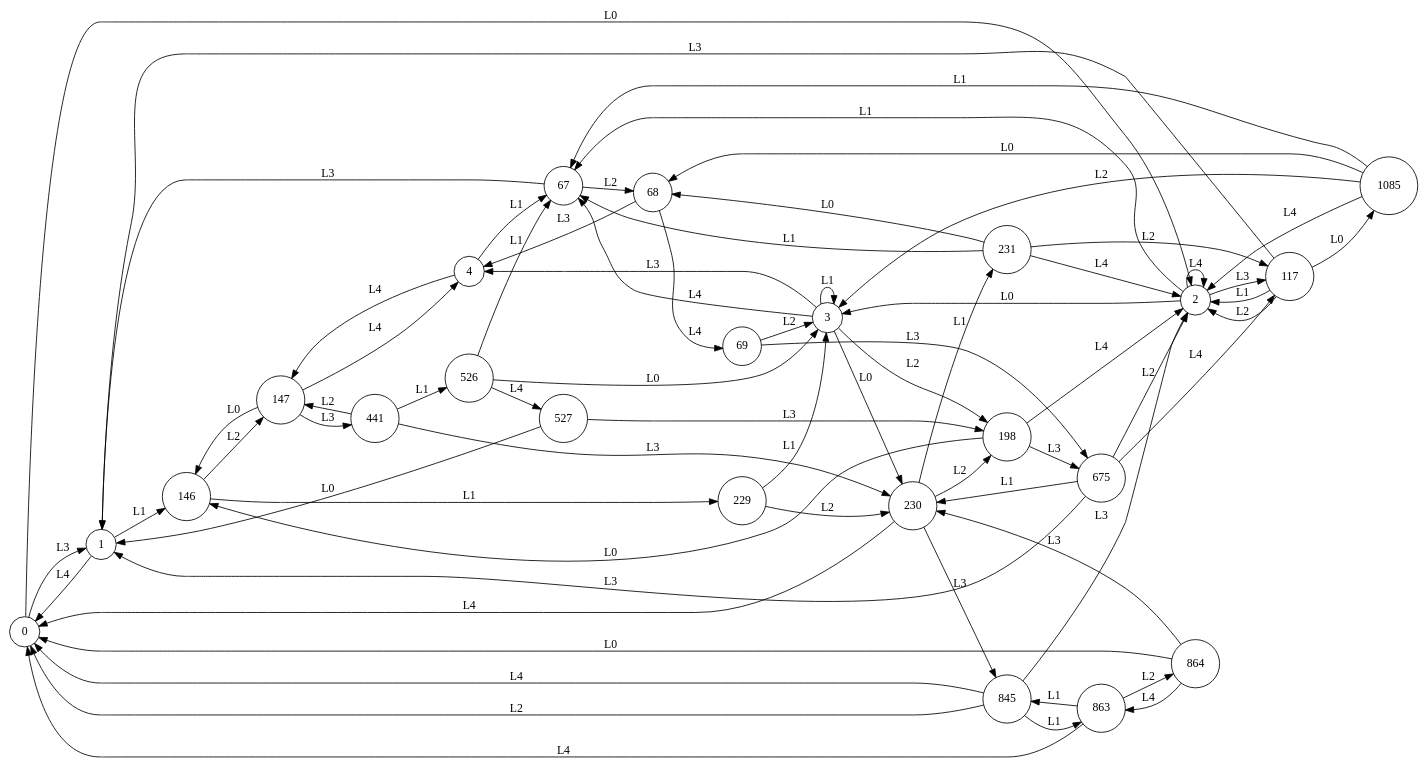
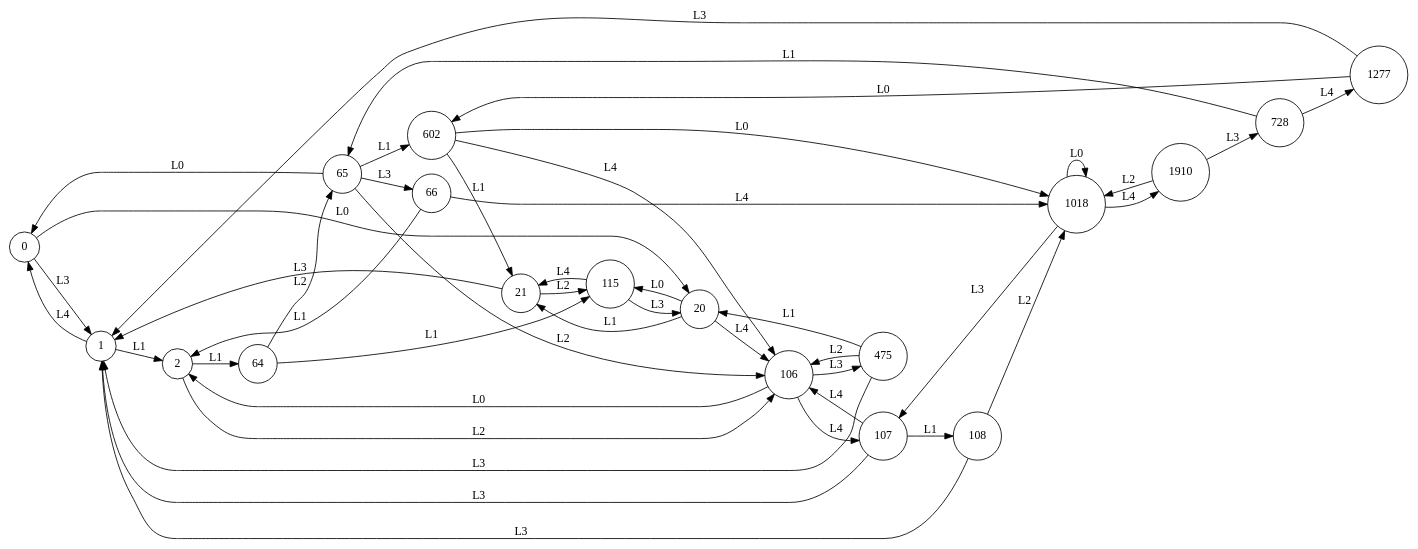
One commit to k85-ai/KB1 changed the diagram in learning_E0/learnt-automaton_10_2_5_7~3.dot. Above: the diagram before and after it, drawn with Graphviz. The commit also changed 808 other files, not shown here.

```diff
--- a/learning_E0/learnt-automaton_10_2_5_7~3.dot
+++ b/learning_E0/learnt-automaton_10_2_5_7~3.dot
@@ -1,95 +1,65 @@
 digraph learntMachine {
   rankdir=LR;
   0 [shape=circle, label="0"];
   1 [shape=circle, label="1"];
   2 [shape=circle, label="2"];
-  3 [shape=circle, label="3"];
-  4 [shape=circle, label="4"];
-  67 [shape=circle, label="67"];
-  68 [shape=circle, label="68"];
-  69 [shape=circle, label="69"];
-  117 [shape=circle, label="117"];
-  146 [shape=circle, label="146"];
-  147 [shape=circle, label="147"];
-  198 [shape=circle, label="198"];
-  229 [shape=circle, label="229"];
-  230 [shape=circle, label="230"];
-  231 [shape=circle, label="231"];
-  441 [shape=circle, label="441"];
-  526 [shape=circle, label="526"];
-  527 [shape=circle, label="527"];
-  675 [shape=circle, label="675"];
-  845 [shape=circle, label="845"];
-  863 [shape=circle, label="863"];
-  864 [shape=circle, label="864"];
-  1085 [shape=circle, label="1085"];
+  20 [shape=circle, label="20"];
+  21 [shape=circle, label="21"];
+  64 [shape=circle, label="64"];
+  65 [shape=circle, label="65"];
+  66 [shape=circle, label="66"];
+  106 [shape=circle, label="106"];
+  107 [shape=circle, label="107"];
+  108 [shape=circle, label="108"];
+  115 [shape=circle, label="115"];
+  475 [shape=circle, label="475"];
+  602 [shape=circle, label="602"];
+  728 [shape=circle, label="728"];
+  1018 [shape=circle, label="1018"];
+  1277 [shape=circle, label="1277"];
+  1910 [shape=circle, label="1910"];
   0 -> 1 [label="L3"];
-  0 -> 2 [label="L0"];
-  2 -> 3 [label="L0"];
-  3 -> 4 [label="L3"];
-  4 -> 67 [label="L1"];
-  2 -> 2 [label="L4"];
-  4 -> 147 [label="L4"];
-  2 -> 67 [label="L1"];
-  67 -> 68 [label="L2"];
-  68 -> 69 [label="L4"];
-  69 -> 675 [label="L3"];
-  67 -> 1 [label="L3"];
-  68 -> 4 [label="L3"];
-  69 -> 3 [label="L2"];
-  117 -> 2 [label="L1"];
+  1 -> 2 [label="L1"];
+  2 -> 106 [label="L2"];
+  0 -> 20 [label="L0"];
+  20 -> 21 [label="L1"];
+  21 -> 1 [label="L3"];
   1 -> 0 [label="L4"];
-  1 -> 146 [label="L1"];
-  146 -> 147 [label="L2"];
-  147 -> 146 [label="L0"];
-  3 -> 67 [label="L4"];
-  198 -> 2 [label="L4"];
-  146 -> 229 [label="L1"];
-  229 -> 230 [label="L2"];
-  230 -> 231 [label="L1"];
-  231 -> 2 [label="L4"];
-  147 -> 4 [label="L4"];
-  198 -> 146 [label="L0"];
-  230 -> 198 [label="L2"];
-  147 -> 441 [label="L3"];
-  441 -> 147 [label="L2"];
-  117 -> 1 [label="L3"];
-  229 -> 3 [label="L1"];
-  441 -> 526 [label="L1"];
-  526 -> 527 [label="L4"];
-  527 -> 198 [label="L3"];
-  231 -> 67 [label="L1"];
-  441 -> 230 [label="L3"];
-  198 -> 675 [label="L3"];
-  675 -> 1 [label="L3"];
-  230 -> 845 [label="L3"];
-  845 -> 0 [label="L4"];
-  845 -> 863 [label="L1"];
-  863 -> 864 [label="L2"];
-  864 -> 230 [label="L3"];
-  117 -> 2 [label="L2"];
-  1085 -> 68 [label="L0"];
-  863 -> 845 [label="L1"];
-  2 -> 117 [label="L3"];
-  3 -> 3 [label="L1"];
-  3 -> 198 [label="L2"];
-  675 -> 2 [label="L2"];
-  526 -> 3 [label="L0"];
-  231 -> 68 [label="L0"];
-  526 -> 67 [label="L1"];
-  675 -> 117 [label="L4"];
-  864 -> 0 [label="L0"];
-  527 -> 1 [label="L0"];
-  864 -> 863 [label="L4"];
-  675 -> 230 [label="L1"];
-  1085 -> 2 [label="L4"];
-  1085 -> 67 [label="L1"];
-  231 -> 117 [label="L2"];
-  117 -> 1085 [label="L0"];
-  230 -> 0 [label="L4"];
-  1085 -> 3 [label="L2"];
-  3 -> 230 [label="L0"];
-  845 -> 0 [label="L2"];
-  863 -> 0 [label="L4"];
-  845 -> 2 [label="L3"];
+  2 -> 64 [label="L1"];
+  64 -> 65 [label="L2"];
+  65 -> 66 [label="L3"];
+  66 -> 2 [label="L1"];
+  21 -> 115 [label="L2"];
+  20 -> 106 [label="L4"];
+  106 -> 107 [label="L4"];
+  107 -> 108 [label="L1"];
+  108 -> 1 [label="L3"];
+  20 -> 115 [label="L0"];
+  115 -> 21 [label="L4"];
+  106 -> 2 [label="L0"];
+  107 -> 106 [label="L4"];
+  64 -> 115 [label="L1"];
+  115 -> 20 [label="L3"];
+  65 -> 106 [label="L2"];
+  106 -> 475 [label="L3"];
+  475 -> 20 [label="L1"];
+  65 -> 602 [label="L1"];
+  602 -> 21 [label="L1"];
+  475 -> 106 [label="L2"];
+  728 -> 65 [label="L1"];
+  602 -> 106 [label="L4"];
+  475 -> 1 [label="L3"];
+  1018 -> 107 [label="L3"];
+  1277 -> 602 [label="L0"];
+  66 -> 1018 [label="L4"];
+  1018 -> 1910 [label="L4"];
+  1910 -> 1018 [label="L2"];
+  108 -> 1018 [label="L2"];
+  602 -> 1018 [label="L0"];
+  1910 -> 728 [label="L3"];
+  728 -> 1277 [label="L4"];
+  1018 -> 1018 [label="L0"];
+  107 -> 1 [label="L3"];
+  1277 -> 1 [label="L3"];
+  65 -> 0 [label="L0"];
 }
```
